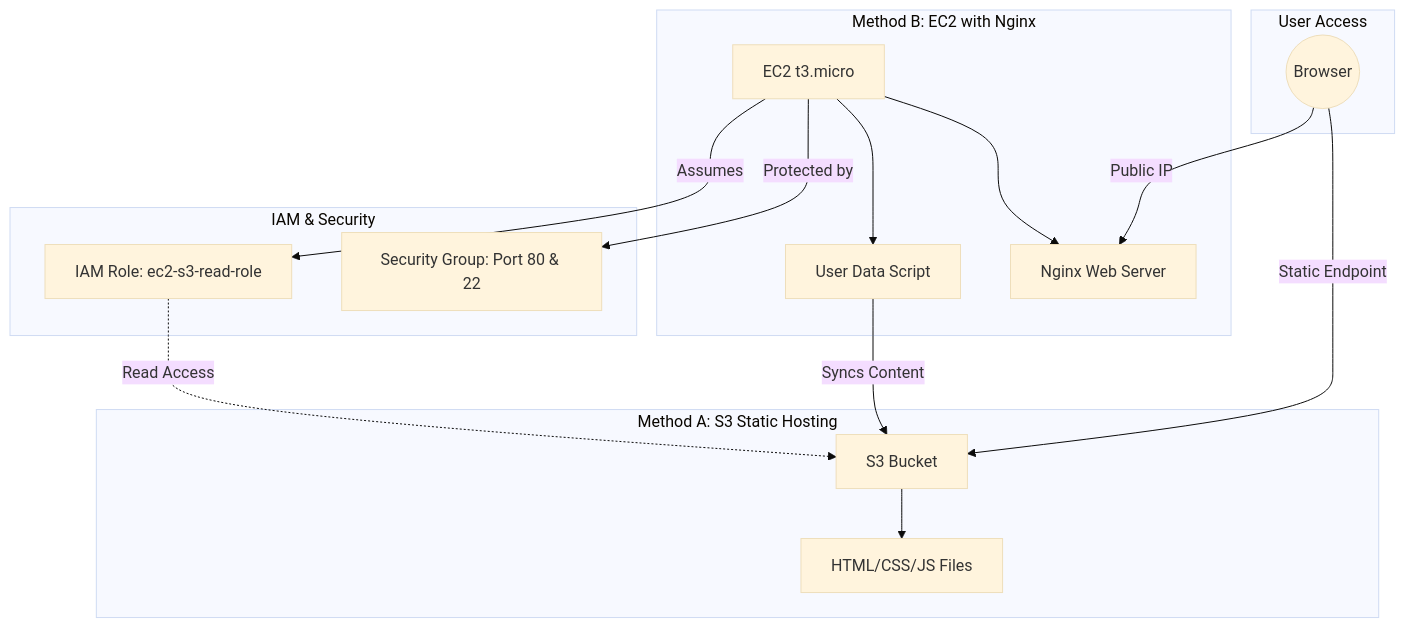
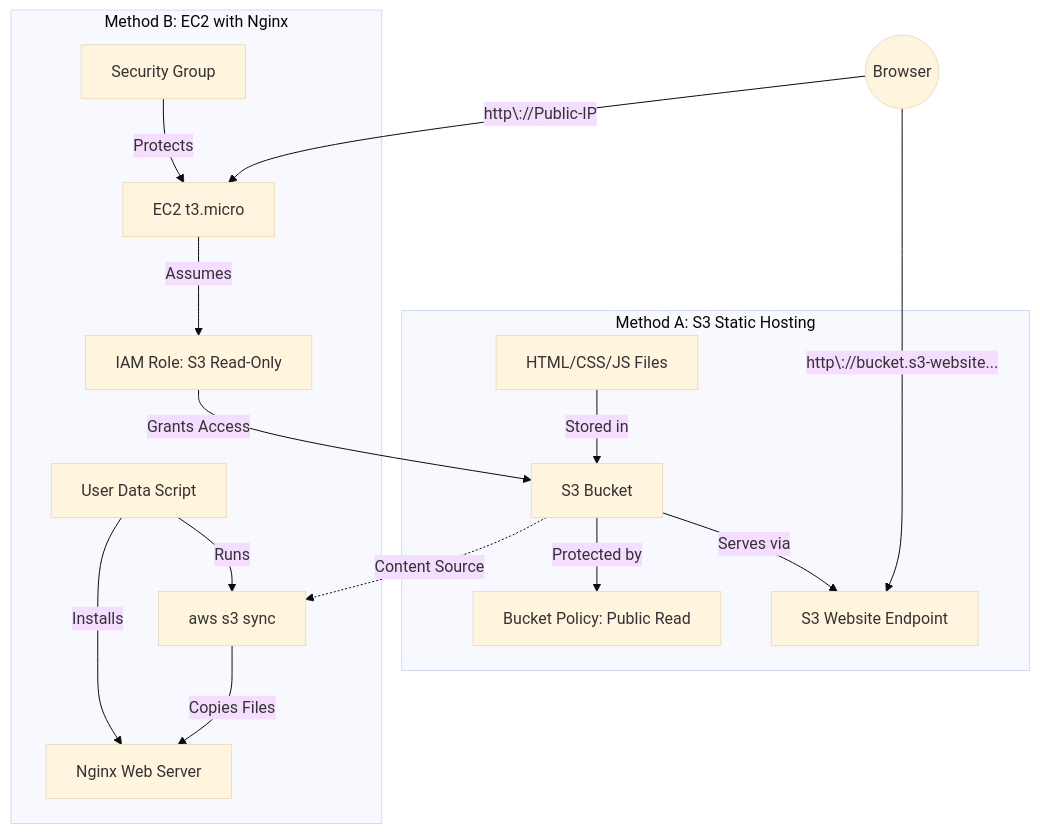
One commit to sujith-eag/sujith-library changed the diagram in docs/dev-cloud/cloud_lab/3_EC2/lab_9.md. Above: the diagram before and after it, drawn with Mermaid (base theme). The commit also changed other lines of this file and 15 other files, not shown here.

````diff
--- a/docs/dev-cloud/cloud_lab/3_EC2/lab_9.md
+++ b/docs/dev-cloud/cloud_lab/3_EC2/lab_9.md
@@ -8,33 +44,36 @@
 ```mermaid
 flowchart TD
-    subgraph User [User Access]
-        Browser((Browser))
+    Browser((Browser))
+    
+    subgraph S3_Method [" Method A: S3 Static Hosting "]
+        S3_Bucket[S3 Bucket]
+        S3_Files[HTML/CSS/JS Files]
+        S3_Policy[Bucket Policy: Public Read]
+        S3_Endpoint[S3 Website Endpoint]
+        
+        S3_Files -->|Stored in| S3_Bucket
+        S3_Bucket -->|Protected by| S3_Policy
+        S3_Bucket -->|Serves via| S3_Endpoint
     end
-
-    subgraph S3_Hosting [Method A: S3 Static Hosting]
-        Bucket[S3 Bucket]
-        Files[HTML/CSS/JS Files]
-        Bucket --> Files
+    
+    subgraph EC2_Method [" Method B: EC2 with Nginx "]
+        Instance[EC2 t3.micro]
+        Nginx_Server[Nginx Web Server]
+        UserData[User Data Script]
+        IAM[IAM Role: S3 Read-Only]
+        SG[Security Group]
+        Sync[aws s3 sync]
+        
+        UserData -->|Installs| Nginx_Server
+        UserData -->|Runs| Sync
+        Instance -->|Assumes| IAM
+        IAM -->|Grants Access| S3_Bucket
+        Sync -->|Copies Files| Nginx_Server
+        SG -->|Protects| Instance
     end
-
-    subgraph EC2_Hosting [Method B: EC2 with Nginx]
-        Instance[EC2 t3.micro]
-        Nginx[Nginx Web Server]
-        Script[User Data Script]
-        Instance --> Nginx
-        Instance --> Script
-    end
-
-    subgraph Security [IAM & Security]
-        Role[IAM Role: ec2-s3-read-role]
-        SG[Security Group: Port 80 & 22]
-    end
-
-    Browser -->|Static Endpoint| Bucket
-    Browser -->|Public IP| Nginx
     
-    Instance -->|Protected by| SG
-    Instance -->|Assumes| Role
-    Role -.->|Read Access| Bucket
-    Script -->|Syncs Content| Bucket
+    Browser -->|http\://bucket.s3-website...| S3_Endpoint
+    Browser -->|http\://Public-IP| Instance
+    
+    S3_Bucket -.->|Content Source| Sync
 ```
````
